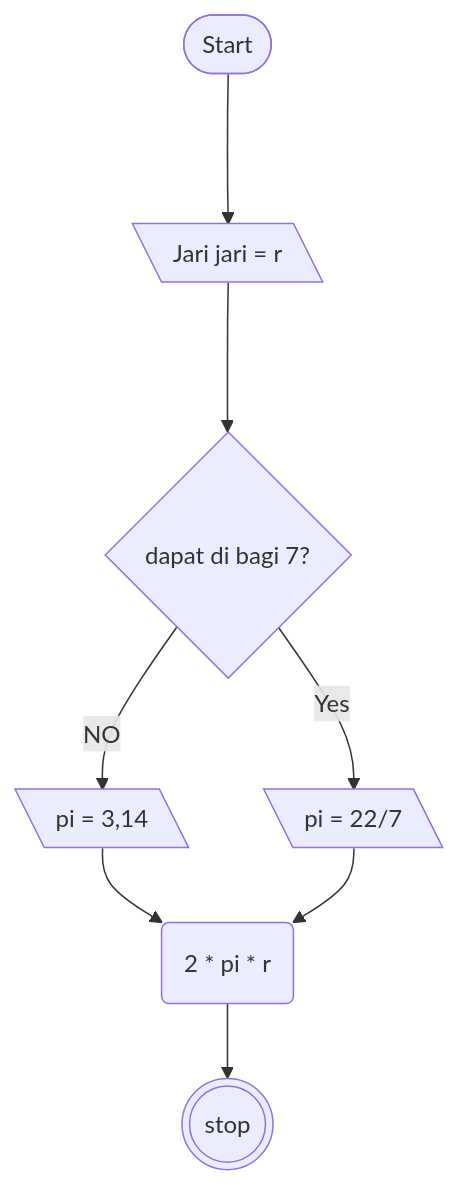
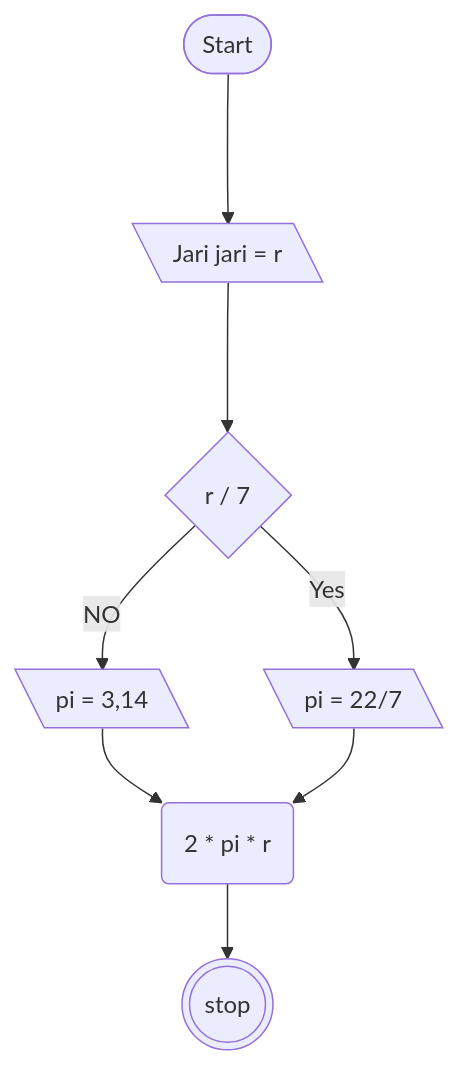
One commit to ariekas/koda-b4-algoritma changed the second of 2 diagrams in MiniTask5.md. Above: the diagram before and after it, drawn with Mermaid. The commit also changed other lines of this file, not shown here.

````diff
--- a/MiniTask5.md
+++ b/MiniTask5.md
@@ -23,18 +23,18 @@
 ```mermaid
 flowchart TD
 Start([Start])
 Input[\Jari jari = r\]
-Decision{dapat di bagi 7?}
+Decision{r / 7}
 R1[\pi = 3,14\]
 R2[\pi = 22/7\]
 Perhitungan(2 * pi * r)
 Stop([Stop])
 
 Start ---> Input
 Input ---> Decision 
 Decision -- NO --> R1
 Decision -- Yes --> R2
 R1 & R2 --> Perhitungan
 Perhitungan --> Stop
 Stop(((stop)))
 ```
````
